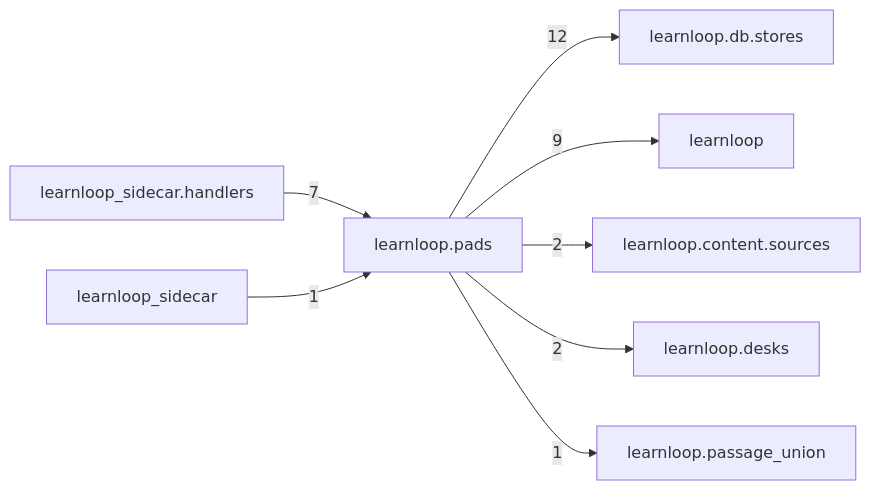
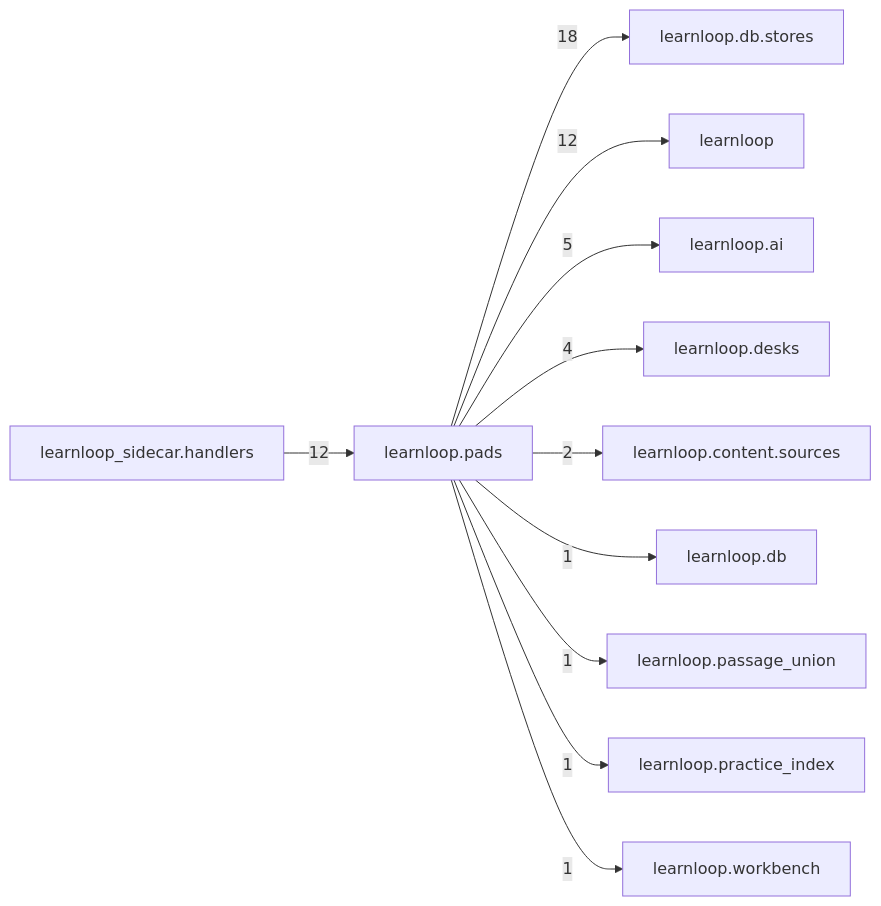
The diagram in docs/learnloop-architecture-vault/Reference/Modules/learnloop/pads/_package.md (6up-b/learnanything), drawn with Mermaid before and after one commit. The commit also changed other lines of this file and 315 other files, not shown here.

````diff
--- a/docs/learnloop-architecture-vault/Reference/Modules/learnloop/pads/_package.md
+++ b/docs/learnloop-architecture-vault/Reference/Modules/learnloop/pads/_package.md
@@ -80,18 +90,24 @@
 ```mermaid
 flowchart LR
     center["learnloop.pads"]
     n_learnloop_db_stores["learnloop.db.stores"]
     n_learnloop["learnloop"]
     n_learnloop_sidecar_handlers["learnloop_sidecar.handlers"]
+    n_learnloop_ai["learnloop.ai"]
+    n_learnloop_desks["learnloop.desks"]
     n_learnloop_content_sources["learnloop.content.sources"]
-    n_learnloop_desks["learnloop.desks"]
+    n_learnloop_db["learnloop.db"]
     n_learnloop_passage_union["learnloop.passage_union"]
-    n_learnloop_sidecar["learnloop_sidecar"]
-    center -->|12| n_learnloop_db_stores
-    center -->|9| n_learnloop
-    n_learnloop_sidecar_handlers -->|7| center
+    n_learnloop_practice_index["learnloop.practice_index"]
+    n_learnloop_workbench["learnloop.workbench"]
+    center -->|18| n_learnloop_db_stores
+    center -->|12| n_learnloop
+    n_learnloop_sidecar_handlers -->|12| center
+    center -->|5| n_learnloop_ai
+    center -->|4| n_learnloop_desks
     center -->|2| n_learnloop_content_sources
-    center -->|2| n_learnloop_desks
+    center -->|1| n_learnloop_db
     center -->|1| n_learnloop_passage_union
-    n_learnloop_sidecar -->|1| center
+    center -->|1| n_learnloop_practice_index
+    center -->|1| n_learnloop_workbench
 ```
````
